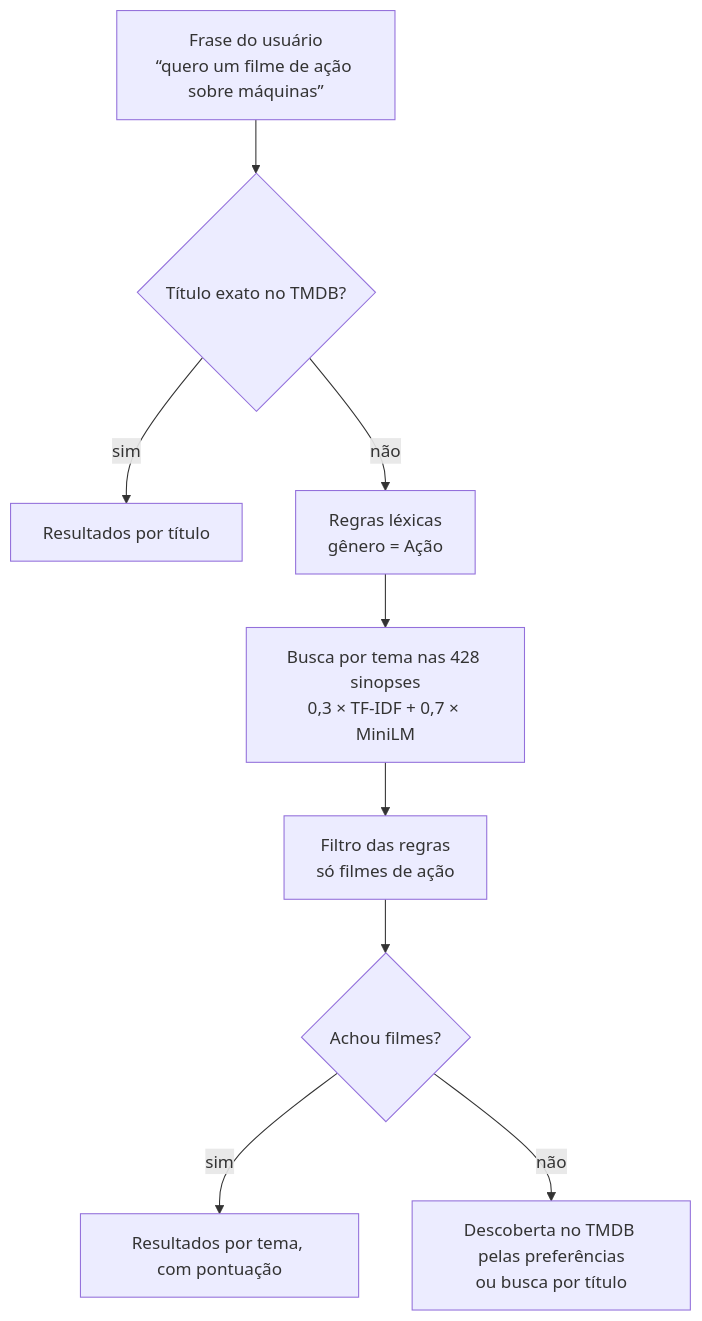
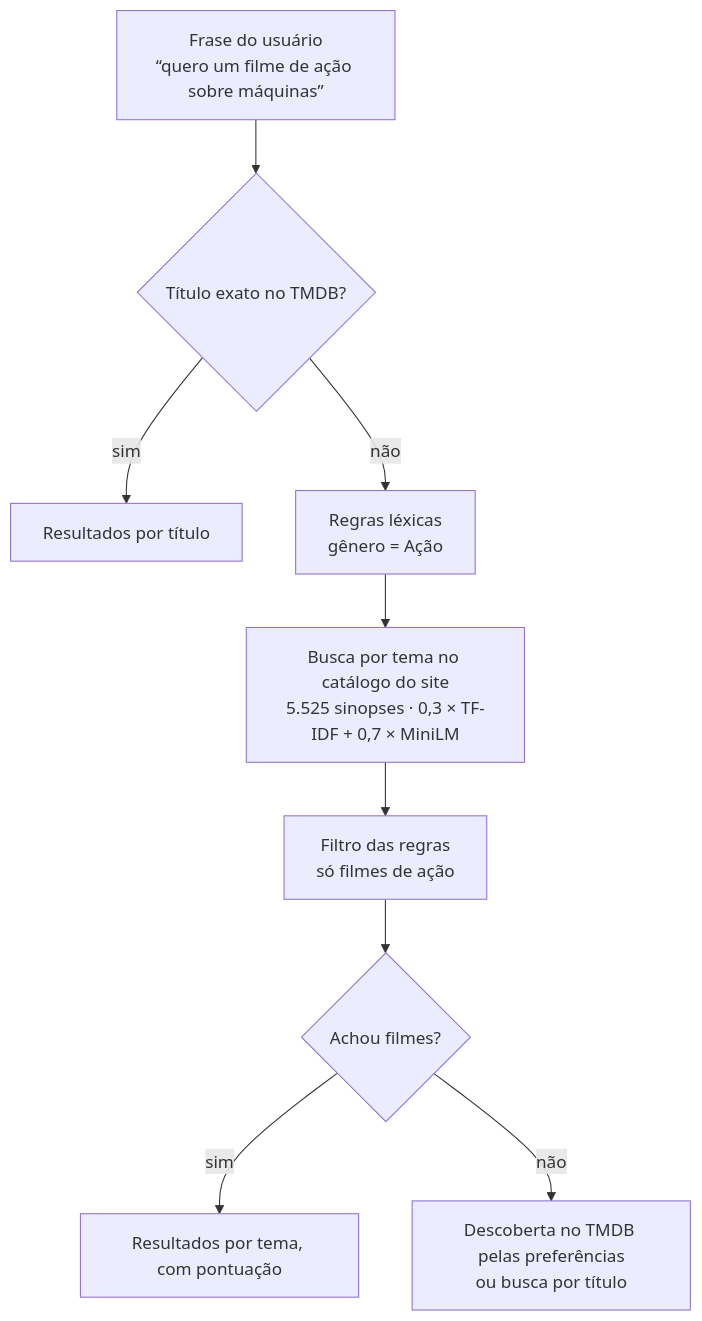
One commit to KaikeDev/PLN changed the diagram in docs/3-busca.md. Above: the diagram before and after it, drawn with Mermaid. The commit also changed other lines of this file and 30 other files, not shown here.

Commit message:
ajuste nas recomendacoes de busca

````diff
--- a/docs/3-busca.md
+++ b/docs/3-busca.md
@@ -19,11 +19,11 @@
 ```mermaid
 flowchart TD
     Q["Frase do usuário<br/>“quero um filme de ação sobre máquinas”"] --> T{Título exato no TMDB?}
     T -- sim --> RT[Resultados por título]
     T -- não --> R[Regras léxicas<br/>gênero = Ação]
-    R --> H[Busca por tema nas 428 sinopses<br/>0,3 × TF-IDF + 0,7 × MiniLM]
+    R --> H[Busca por tema no catálogo do site<br/>5.525 sinopses · 0,3 × TF-IDF + 0,7 × MiniLM]
     H --> F[Filtro das regras<br/>só filmes de ação]
     F --> OK{Achou filmes?}
     OK -- sim --> RS[Resultados por tema, com pontuação]
     OK -- não --> D[Descoberta no TMDB pelas preferências<br/>ou busca por título]
 ```
````
